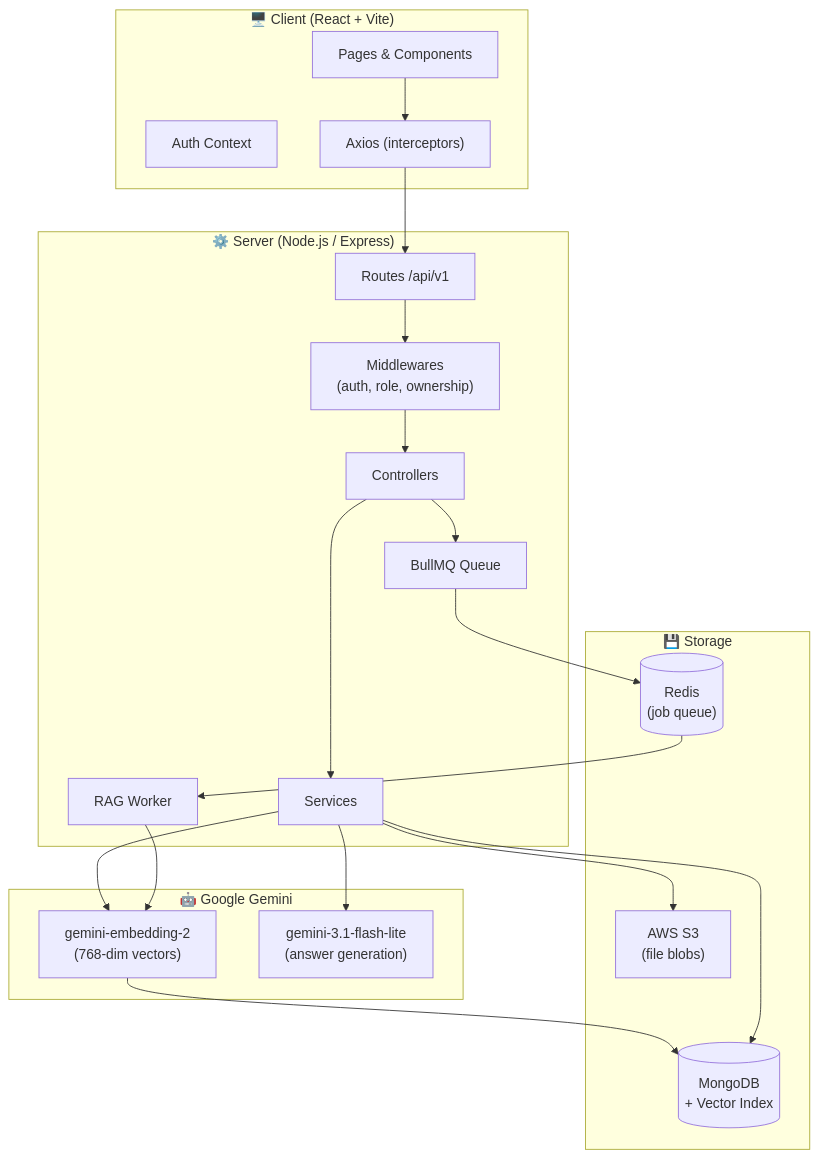
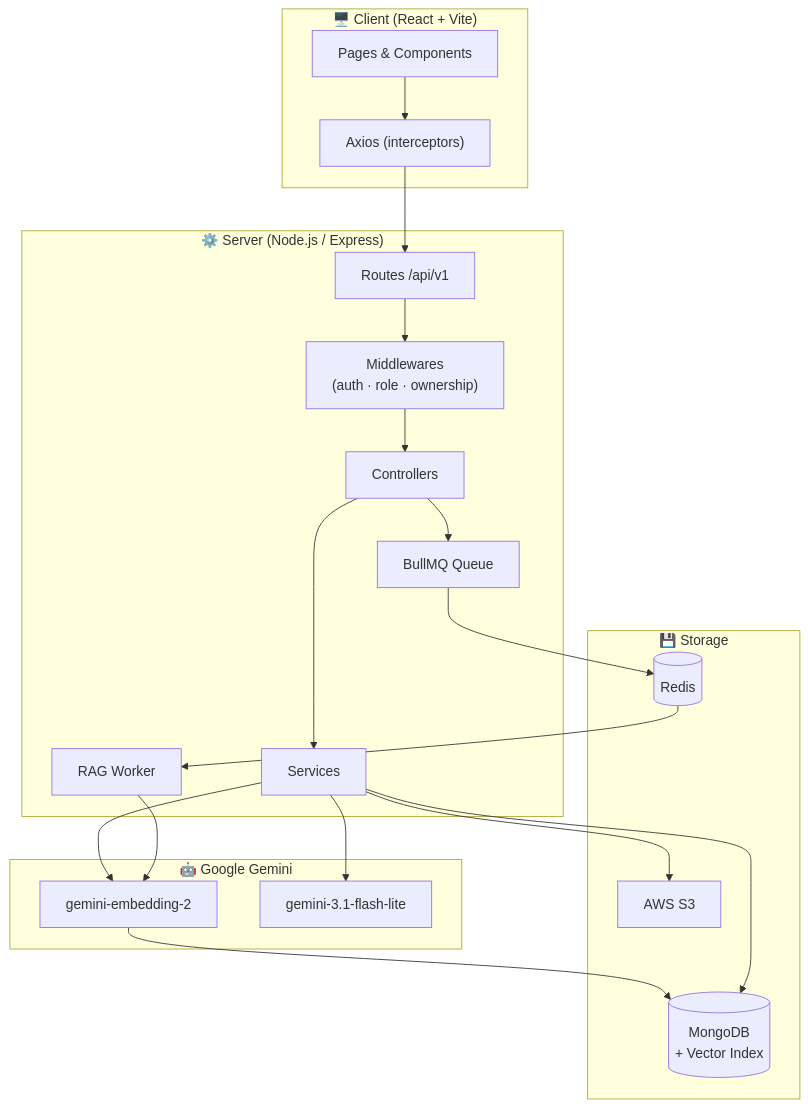
One commit to venunisandhan/DocuSense changed the first of 4 diagrams in README.md. Above: the diagram before and after it, drawn with Mermaid. The commit also changed other lines of this file, not shown here.

Commit message:
docs: trim README to 4 essential diagrams

````diff
--- a/README.md
+++ b/README.md
@@ -9,38 +9,33 @@
 ```mermaid
 graph TB
     subgraph Client["🖥️ Client (React + Vite)"]
         UI["Pages & Components"]
-        AUTH_CTX["Auth Context"]
         AXIOS["Axios (interceptors)"]
     end
 
     subgraph Server["⚙️ Server (Node.js / Express)"]
         ROUTES["Routes /api/v1"]
-        MW["Middlewares\n(auth, role, ownership)"]
+        MW["Middlewares\n(auth · role · ownership)"]
         CTRL["Controllers"]
         SVC["Services"]
         QUEUE["BullMQ Queue"]
         WORKER["RAG Worker"]
     end
 
     subgraph Storage["💾 Storage"]
         MONGO[("MongoDB\n+ Vector Index")]
-        REDIS[("Redis\n(job queue)")]
-        S3["AWS S3\n(file blobs)"]
+        REDIS[("Redis")]
+        S3["AWS S3"]
     end
 
     subgraph AI["🤖 Google Gemini"]
-        EMBED["gemini-embedding-2\n(768-dim vectors)"]
-        GEN["gemini-3.1-flash-lite\n(answer generation)"]
+        EMBED["gemini-embedding-2"]
+        GEN["gemini-3.1-flash-lite"]
     end
 
-    UI --> AXIOS --> ROUTES
-    ROUTES --> MW --> CTRL --> SVC
-    SVC --> MONGO
-    SVC --> S3
-    CTRL --> QUEUE --> REDIS
-    REDIS --> WORKER
+    UI --> AXIOS --> ROUTES --> MW --> CTRL --> SVC
+    SVC --> MONGO & S3
+    CTRL --> QUEUE --> REDIS --> WORKER
     WORKER --> EMBED --> MONGO
-    SVC --> EMBED
-    SVC --> GEN
+    SVC --> EMBED & GEN
 ```
````
